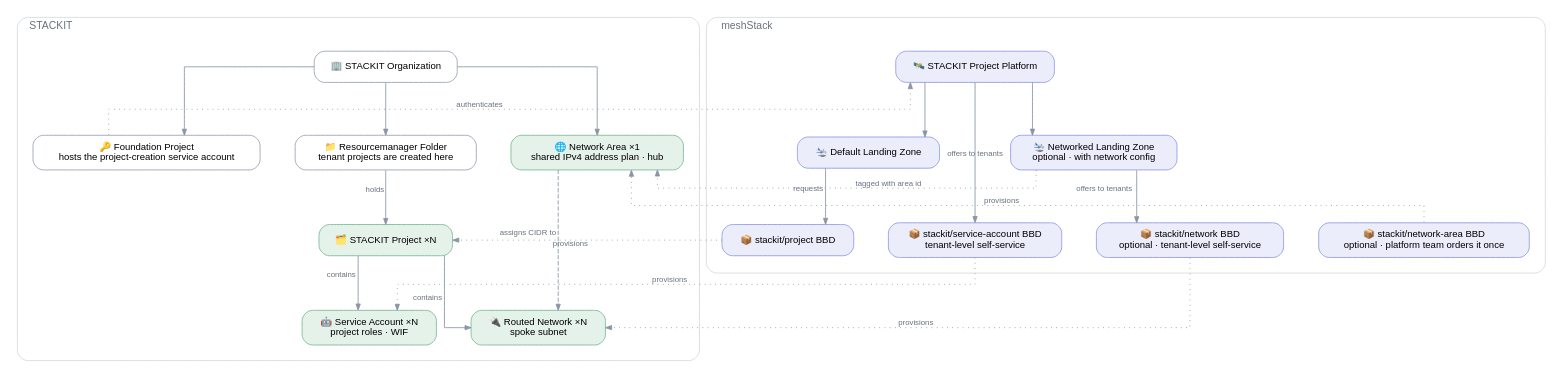
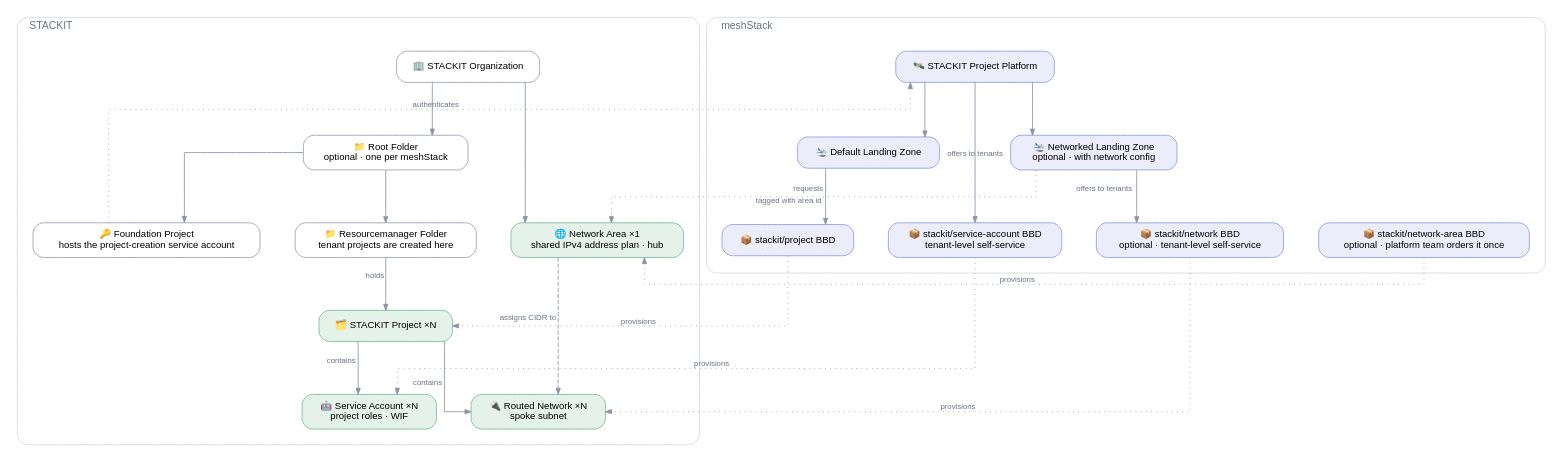
The diagram in reference-architectures/stackit-landingzone/stackit-landingzone.dot (meshcloud/meshstack-hub), drawn with Graphviz before and after one commit. The commit also changed 8 other files, not shown here.

First line of the commit message:
feat(ref-arch/stackit-landingzone)!: optional root folder per meshStack

```diff
--- a/reference-architectures/stackit-landingzone/stackit-landingzone.dot
+++ b/reference-architectures/stackit-landingzone/stackit-landingzone.dot
@@ -1,74 +1,76 @@
 /*
  * STACKIT Landing Zone reference architecture.
  * Conventions: .agents/references/diagrams.md — render with: task diagrams
  */
 digraph stackit_landingzone {
   rankdir=TB
   splines=ortho
   forcelabels=true
   bgcolor="white"
   nodesep=0.55
   ranksep=0.85
 
   node [shape=box style="rounded,filled" fontname="Helvetica" fontsize=11
         fillcolor="#ffffff" color="#a2abb8" penwidth=1.1 margin="0.20,0.11"]
   edge [fontname="Helvetica" fontsize=9 fontcolor="#697180" color="#8b95a3" arrowsize=0.7]
 
   subgraph cluster_stackit {
     label="  STACKIT"
     labeljust=l
     fontname="Helvetica" fontsize=12 fontcolor="#697180"
     style="rounded" color="#d5dae0"
     margin=18
 
     ORG    [label="🏢 STACKIT Organization" fillcolor="#ffffff" color="#a2abb8"]
+    ROOT   [label="📁 Root Folder\noptional · one per meshStack" fillcolor="#ffffff" color="#a2abb8"]
     FOUND  [label="🔑 Foundation Project\nhosts the project-creation service account" fillcolor="#ffffff" color="#a2abb8"]
     FOLDER [label="📁 Resourcemanager Folder\ntenant projects are created here" fillcolor="#ffffff" color="#a2abb8"]
     NA     [label="🌐 Network Area ×1\nshared IPv4 address plan · hub" fillcolor="#e5f2ea" color="#85bfa0"]
     PRJ    [label="🗂️ STACKIT Project ×N" fillcolor="#e5f2ea" color="#85bfa0"]
     SA     [label="🤖 Service Account ×N\nproject roles · WIF" fillcolor="#e5f2ea" color="#85bfa0"]
     SPOKE  [label="🔌 Routed Network ×N\nspoke subnet" fillcolor="#e5f2ea" color="#85bfa0"]
 
     { rank=same; FOUND -> FOLDER -> NA [style=invis] }
 
-    ORG    -> FOUND
-    ORG    -> FOLDER
+    ORG    -> ROOT
+    ROOT   -> FOUND
+    ROOT   -> FOLDER
     ORG    -> NA
     FOLDER -> PRJ   [xlabel="holds"]
     PRJ    -> SA    [xlabel="contains"]
     PRJ    -> SPOKE [xlabel="contains"]
     NA     -> SPOKE [xlabel="assigns CIDR to" style=dashed constraint=false]
   }
 
   subgraph cluster_mesh {
     label="  meshStack"
     labeljust=l
     fontname="Helvetica" fontsize=12 fontcolor="#697180"
     style="rounded" color="#d5dae0"
     margin=18
 
     PLAT     [label="🛰️ STACKIT Project Platform" fillcolor="#ecedfb" color="#9aa2e6"]
     DEFLZ    [label="🛬 Default Landing Zone" fillcolor="#ecedfb" color="#9aa2e6"]
     NETLZ    [label="🛬 Networked Landing Zone\noptional · with network config" fillcolor="#ecedfb" color="#9aa2e6"]
     PRJBBD   [label="📦 stackit/project BBD" fillcolor="#ecedfb" color="#9aa2e6"]
     SABBD    [label="📦 stackit/service-account BBD\ntenant-level self-service" fillcolor="#ecedfb" color="#9aa2e6"]
     NABBD    [label="📦 stackit/network-area BBD\noptional · platform team orders it once" fillcolor="#ecedfb" color="#9aa2e6"]
     SPOKEBBD [label="📦 stackit/network BBD\noptional · tenant-level self-service" fillcolor="#ecedfb" color="#9aa2e6"]
 
     { rank=same; DEFLZ -> NETLZ [style=invis] }
     { rank=same; PRJBBD -> SABBD -> SPOKEBBD -> NABBD [style=invis] }
 
     PLAT  -> DEFLZ
     PLAT  -> NETLZ
     DEFLZ -> PRJBBD   [xlabel="requests"]
     PLAT  -> SABBD    [xlabel="offers to tenants"]
     NETLZ -> SPOKEBBD [xlabel="offers to tenants"]
   }
 
   FOUND    -> PLAT  [xlabel="authenticates" style=dotted constraint=false]
   PRJBBD   -> PRJ   [xlabel="provisions" style=dotted constraint=false]
   SABBD    -> SA    [xlabel="provisions" style=dotted constraint=false]
   NABBD    -> NA    [xlabel="provisions" style=dotted constraint=false]
   SPOKEBBD -> SPOKE [xlabel="provisions" style=dotted constraint=false]
   NETLZ    -> NA    [xlabel="tagged with area id" style=dotted constraint=false]
 }
```
